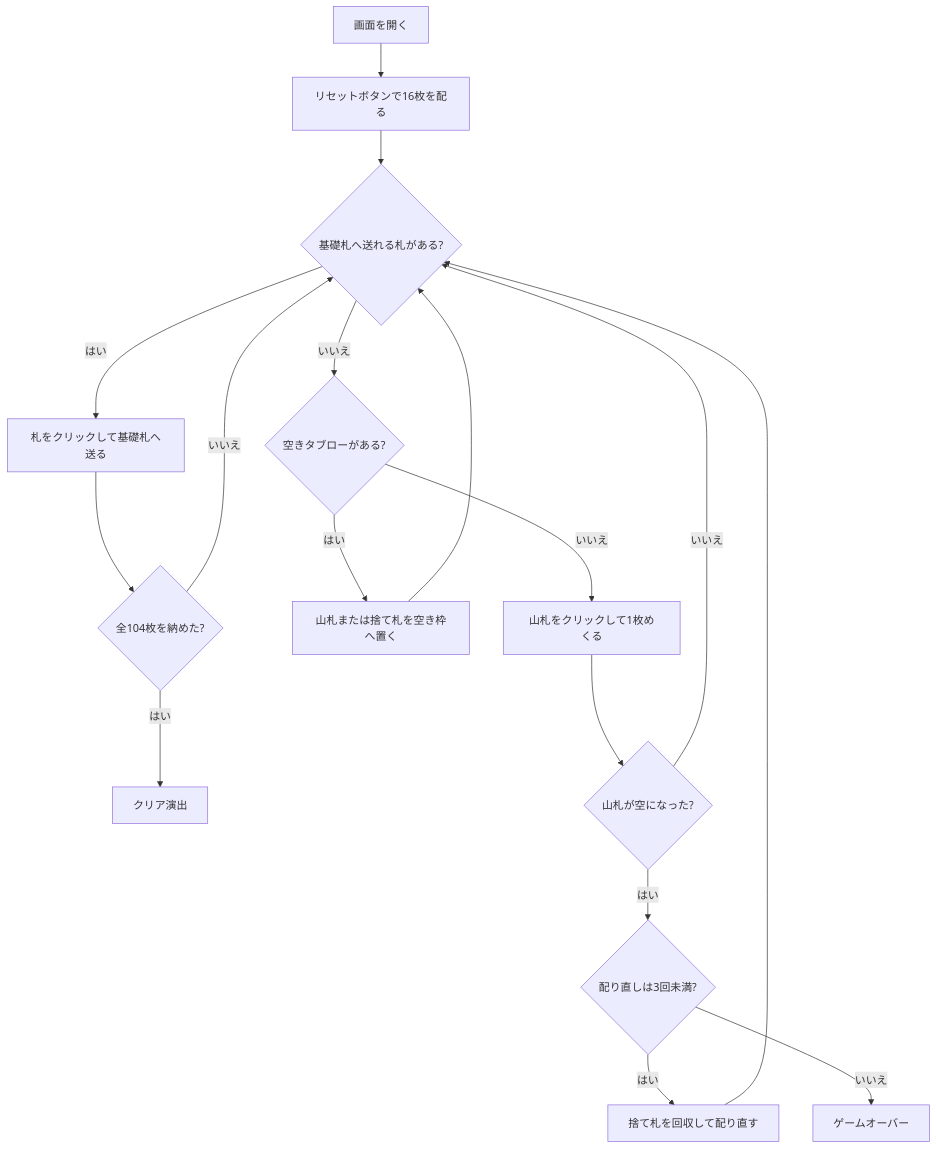
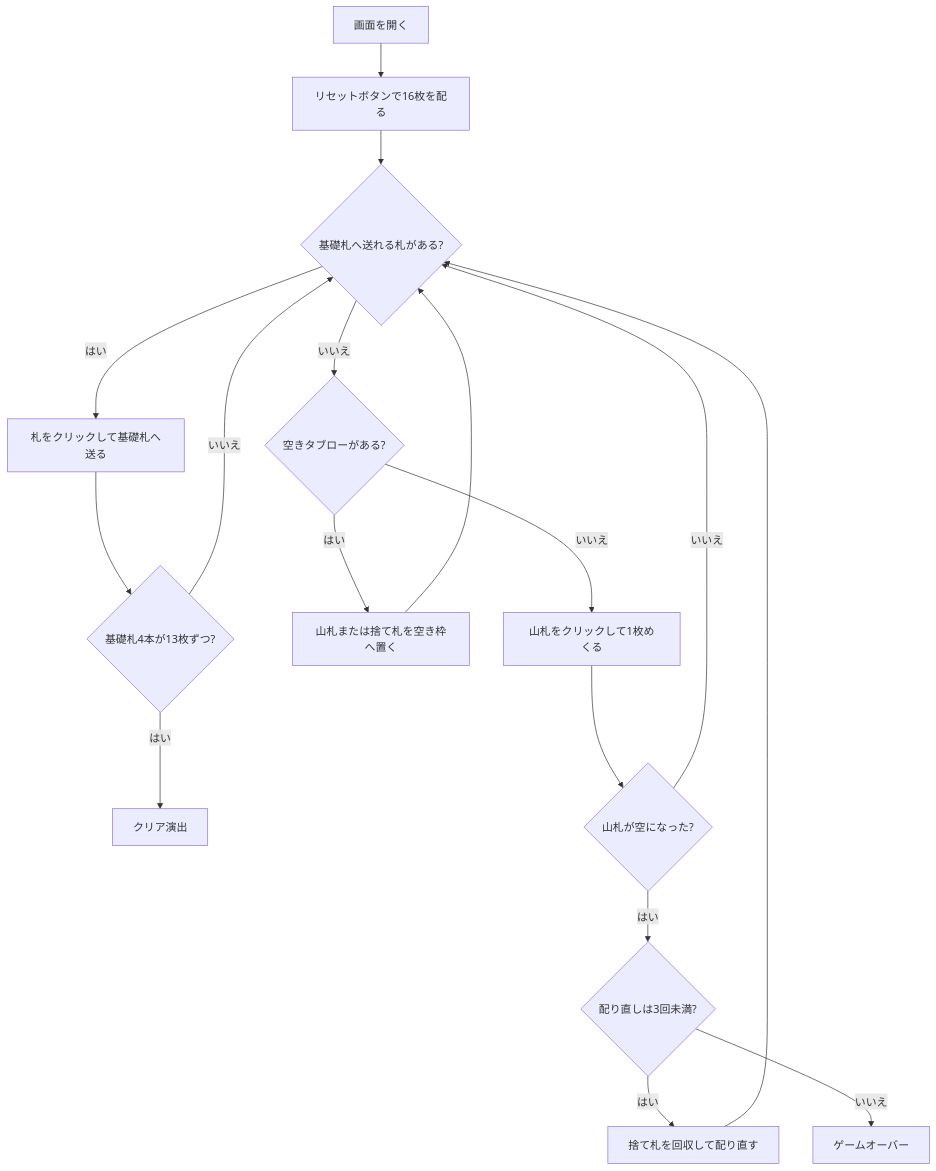
The diagram in docs/manual/web/matrimony.md (yuta-yoshinaga/go_trumpcards), drawn with Mermaid before and after one commit. The commit also changed other lines of this file and 9 other files, not shown here.

````diff
--- a/docs/manual/web/matrimony.md
+++ b/docs/manual/web/matrimony.md
@@ -29,19 +29,19 @@
 ```mermaid
 flowchart TD
     A[画面を開く] --> B[リセットボタンで16枚を配る]
     B --> C{基礎札へ送れる札がある?}
     C -- はい --> D[札をクリックして基礎札へ送る]
-    D --> E{全104枚を納めた?}
+    D --> E{基礎札4本が13枚ずつ?}
     E -- はい --> F[クリア演出]
     E -- いいえ --> C
     C -- いいえ --> G{空きタブローがある?}
     G -- はい --> H[山札または捨て札を空き枠へ置く]
     H --> C
     G -- いいえ --> I[山札をクリックして1枚めくる]
     I --> J{山札が空になった?}
     J -- いいえ --> C
     J -- はい --> K{配り直しは3回未満?}
     K -- はい --> L[捨て札を回収して配り直す]
     L --> C
     K -- いいえ --> M[ゲームオーバー]
 ```
````
